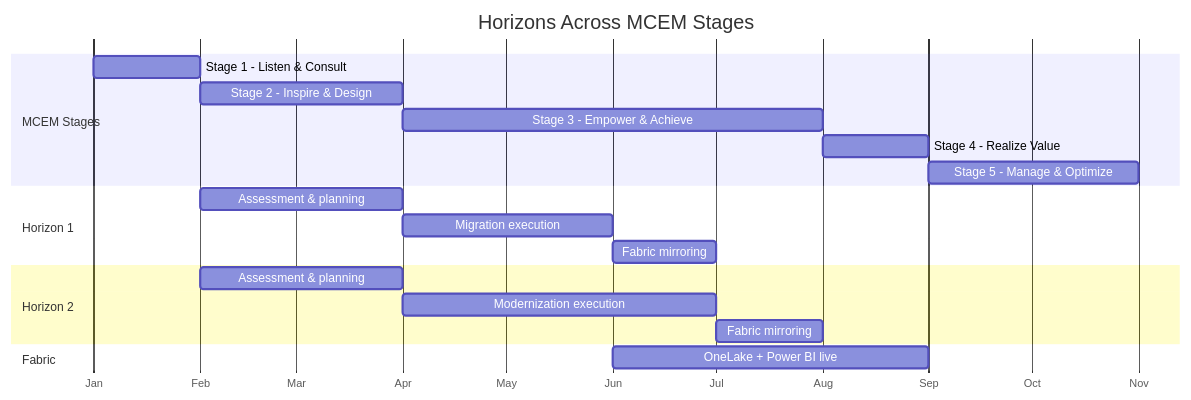
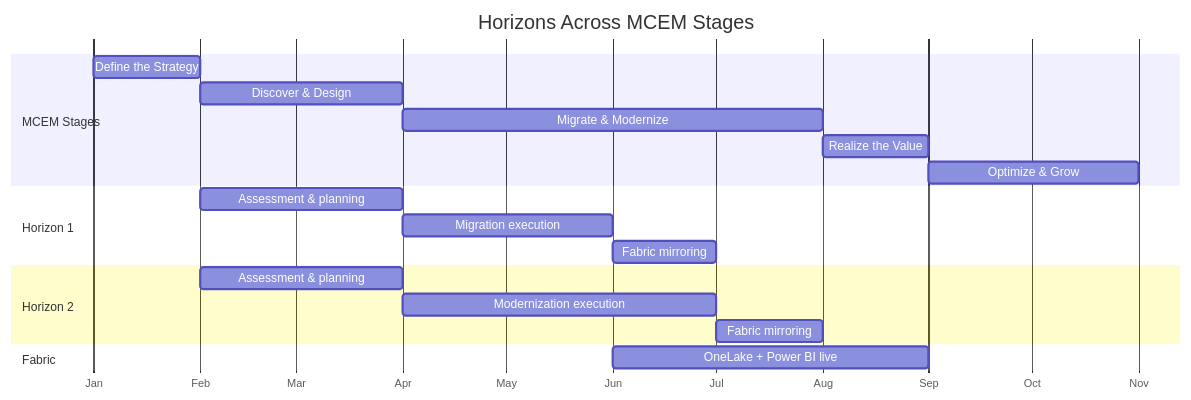
The second of 2 diagrams in site/src/content/docs/journey-map/index.md (jonathan-vella/build-test), drawn with Mermaid before and after one commit. The commit also changed other lines of this file and 11 other files, not shown here.

````diff
--- a/site/src/content/docs/journey-map/index.md
+++ b/site/src/content/docs/journey-map/index.md
@@ -105,22 +109,22 @@
 ```mermaid
 gantt
   title Horizons Across MCEM Stages
   dateFormat YYYY-MM
   axisFormat %b
   section MCEM Stages
-    Stage 1 - Listen & Consult    :s1, 2026-01, 1M
-    Stage 2 - Inspire & Design    :s2, after s1, 2M
-    Stage 3 - Empower & Achieve   :s3, after s2, 4M
-    Stage 4 - Realize Value       :s4, after s3, 1M
-    Stage 5 - Manage & Optimize   :s5, after s4, 2M
+    Define the Strategy     :s1, 2026-01, 1M
+    Discover & Design       :s2, after s1, 2M
+    Migrate & Modernize     :s3, after s2, 4M
+    Realize the Value       :s4, after s3, 1M
+    Optimize & Grow         :s5, after s4, 2M
   section Horizon 1
     Assessment & planning :h1a, 2026-02, 2M
     Migration execution   :h1b, 2026-04, 2M
     Fabric mirroring      :h1c, 2026-06, 1M
   section Horizon 2
     Assessment & planning     :h2a, 2026-02, 2M
     Modernization execution   :h2b, 2026-04, 3M
     Fabric mirroring          :h2c, 2026-07, 1M
   section Fabric
     OneLake + Power BI live   :fab, 2026-06, 3M
 ```
````
